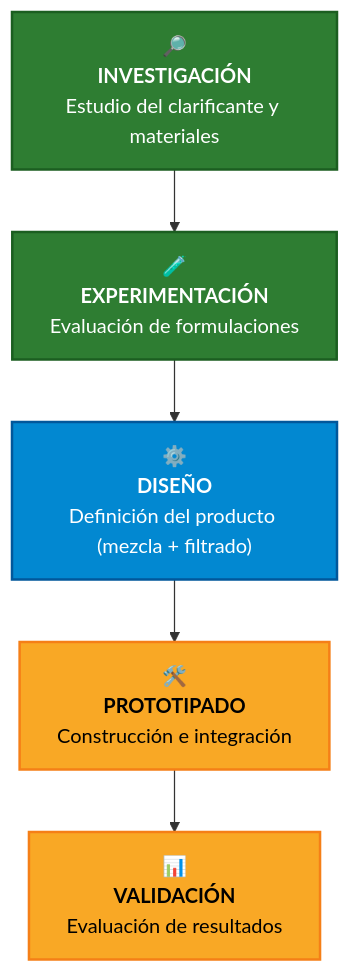
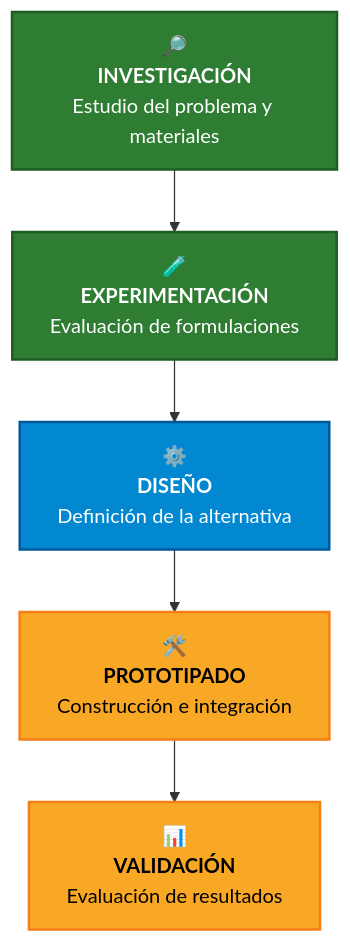
One commit to BeyondNate/PI_Equipo_05 changed the fifth of 5 diagrams in README.md. Above: the diagram before and after it, drawn with Mermaid. The commit also changed other lines of this file, not shown here.

````diff
--- a/README.md
+++ b/README.md
@@ -247,18 +322,23 @@
 ```mermaid
 flowchart TB
-    I["🔎<br/><b>INVESTIGACIÓN</b><br/>Estudio del clarificante y materiales"]
+
+    I["🔎<br/><b>INVESTIGACIÓN</b><br/>Estudio del problema y materiales"]
+
     E["🧪<br/><b>EXPERIMENTACIÓN</b><br/>Evaluación de formulaciones"]
-    D["⚙️<br/><b>DISEÑO</b><br/>Definición del producto (mezcla + filtrado)"]
+
+    D["⚙️<br/><b>DISEÑO</b><br/>Definición de la alternativa"]
+
     P["🛠️<br/><b>PROTOTIPADO</b><br/>Construcción e integración"]
+
     V["📊<br/><b>VALIDACIÓN</b><br/>Evaluación de resultados"]
- 
+
     I --> E --> D --> P --> V
- 
+
     classDef research fill:#2E7D32,color:#FFFFFF,stroke:#1B5E20,stroke-width:2px;
     classDef design fill:#0288D1,color:#FFFFFF,stroke:#01579B,stroke-width:2px;
     classDef prototype fill:#F9A825,color:#000000,stroke:#F57F17,stroke-width:2px;
- 
+
     class I,E research;
     class D design;
     class P,V prototype;
 ```
````
